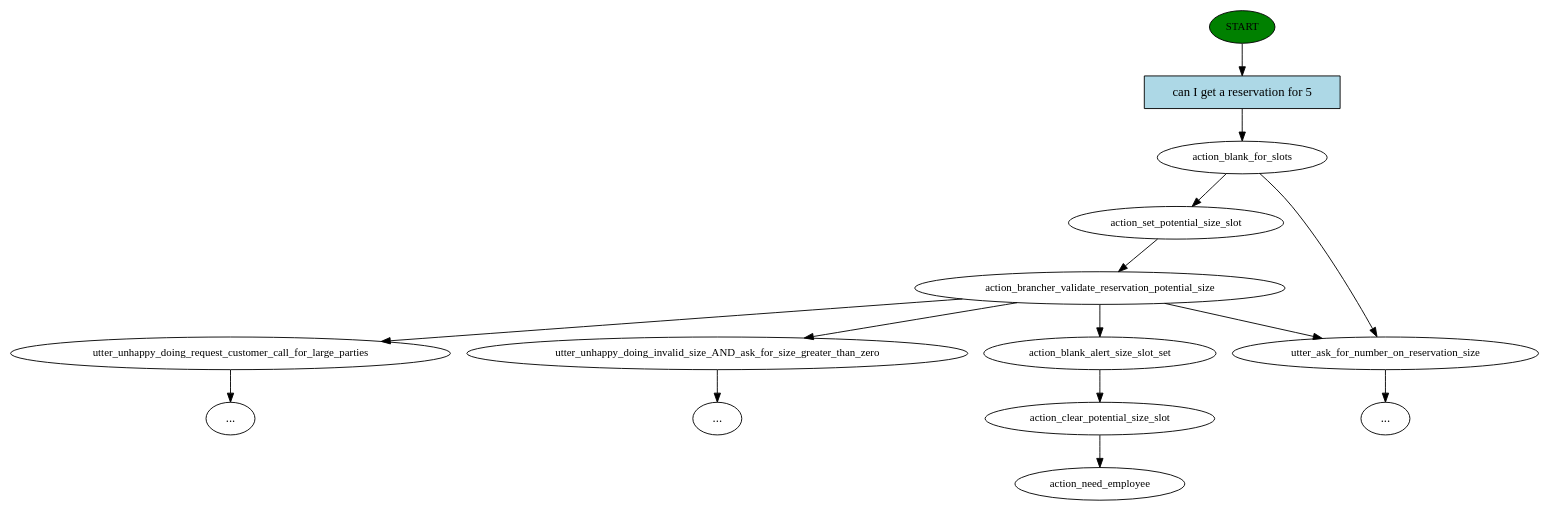
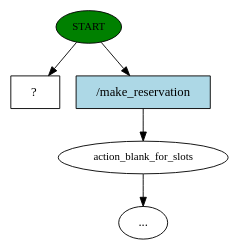
The diagram in textual/story_graph.dot (DylanRedfield/ocaptain), drawn with Graphviz before and after one commit. The commit also changed 28 other files, not shown here.

```diff
--- a/textual/story_graph.dot
+++ b/textual/story_graph.dot
@@ -1,30 +1,11 @@
 digraph  {
 0 [label=START, fillcolor=green, style=filled, fontsize=12, class="start active"];
-1 [label=action_blank_for_slots, fontsize=12, class=active];
-2 [label=action_set_potential_size_slot, fontsize=12, class=active];
-3 [label=action_brancher_validate_reservation_potential_size, fontsize=12, class=active];
-4 [label=utter_unhappy_doing_request_customer_call_for_large_parties, fontsize=12, class=""];
-"-3" [label="...", class=ellipsis];
-6 [label=utter_ask_for_number_on_reservation_size, fontsize=12, class=""];
-12 [label=utter_unhappy_doing_invalid_size_AND_ask_for_size_greater_than_zero, fontsize=12, class=""];
-"-210" [label="...", class=ellipsis];
-"-215" [label="...", class=ellipsis];
-608 [label=action_blank_alert_size_slot_set, fontsize=12, class=active];
-609 [label=action_clear_potential_size_slot, fontsize=12, class=active];
-610 [label=action_need_employee, fontsize=12, class="dashed active"];
-611 [label="can I get a reservation for 5", shape=rect, style=filled, fillcolor=lightblue, class="intent active"];
-0 -> 611  [key=0, class=active];
-1 -> 2  [key=NONE, label="", class=active];
-1 -> 6  [key=NONE, label="", class=""];
-2 -> 3  [key=NONE, label="", class=active];
-3 -> 4  [key=NONE, label="", class=""];
-3 -> 12  [key=NONE, label="", class=""];
-3 -> 608  [key=NONE, label="", class=active];
-3 -> 6  [key=NONE, label="", class=""];
-4 -> "-3"  [key=NONE, label="", class=""];
-6 -> "-215"  [key=NONE, label="", class=""];
-12 -> "-210"  [key=NONE, label="", class=""];
-608 -> 609  [key=NONE, label="", class=active];
-609 -> 610  [key=NONE, label="", class=active];
-611 -> 1  [key=0, class=active];
+1 [label=action_blank_for_slots, fontsize=12, class=""];
+"-912" [label="...", class=ellipsis];
+911 [label="  ?  ", shape=rect, class="intent dashed active"];
+912 [label="/make_reservation", shape=rect, style=filled, fillcolor=lightblue, class=intent];
+0 -> 911  [key=NONE, label="", class=active];
+0 -> 912  [key=0, class=""];
+1 -> "-912"  [key=NONE, label="", class=""];
+912 -> 1  [key=0, class=""];
 }
```
